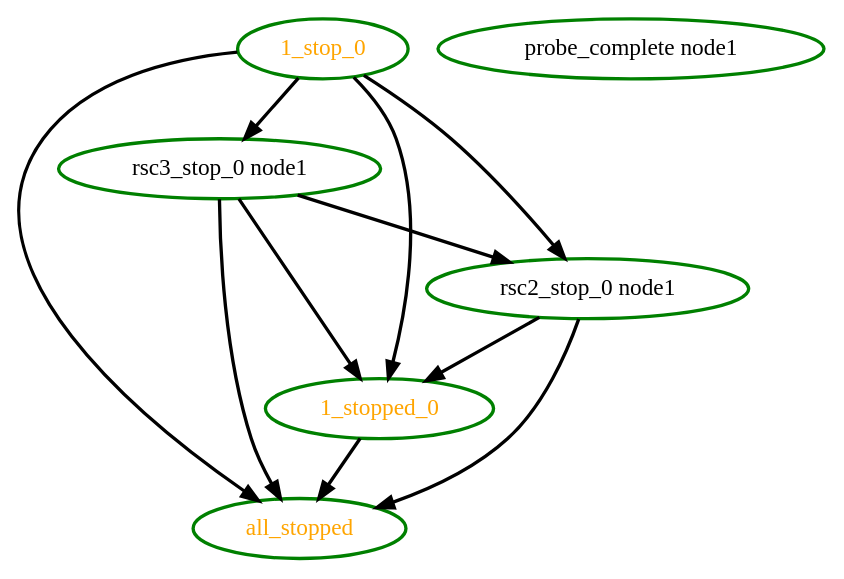
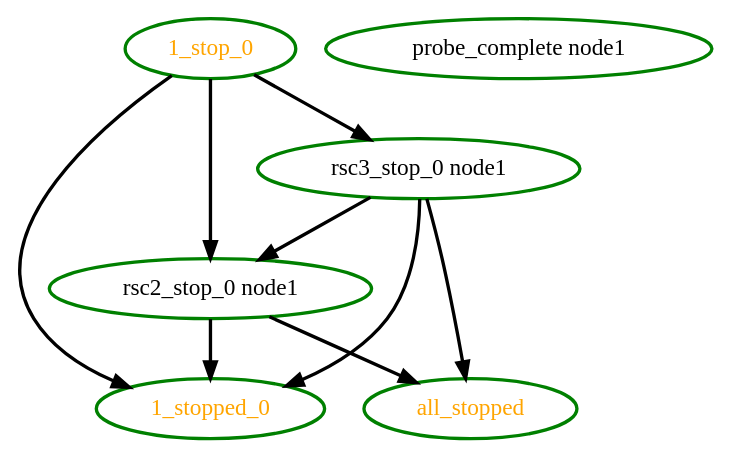
The diagram in crm/pengine/testcases/group11.dot (richiewen8/heartbeat), drawn with Graphviz before and after one commit. The commit also changed 82 other files, not shown here.

Commit message:
High: PE: all_stopped should only depend on native resources to avoid recursion

```diff
--- a/crm/pengine/testcases/group11.dot
+++ b/crm/pengine/testcases/group11.dot
@@ -1,18 +1,16 @@
  digraph "g" {
 "1_stop_0" -> "1_stopped_0" [ style = bold]
-"1_stop_0" -> "all_stopped" [ style = bold]
 "1_stop_0" -> "rsc2_stop_0 node1" [ style = bold]
 "1_stop_0" -> "rsc3_stop_0 node1" [ style = bold]
 "1_stop_0" [ style=bold color="green" fontcolor="orange" ]
-"1_stopped_0" -> "all_stopped" [ style = bold]
 "1_stopped_0" [ style=bold color="green" fontcolor="orange" ]
 "all_stopped" [ style=bold color="green" fontcolor="orange"  ]
 "probe_complete node1" [ style=bold color="green" fontcolor="black" ]
 "rsc2_stop_0 node1" -> "1_stopped_0" [ style = bold]
 "rsc2_stop_0 node1" -> "all_stopped" [ style = bold]
 "rsc2_stop_0 node1" [ style=bold color="green" fontcolor="black" ]
 "rsc3_stop_0 node1" -> "1_stopped_0" [ style = bold]
 "rsc3_stop_0 node1" -> "all_stopped" [ style = bold]
 "rsc3_stop_0 node1" -> "rsc2_stop_0 node1" [ style = bold]
 "rsc3_stop_0 node1" [ style=bold color="green" fontcolor="black" ]
 }
```
